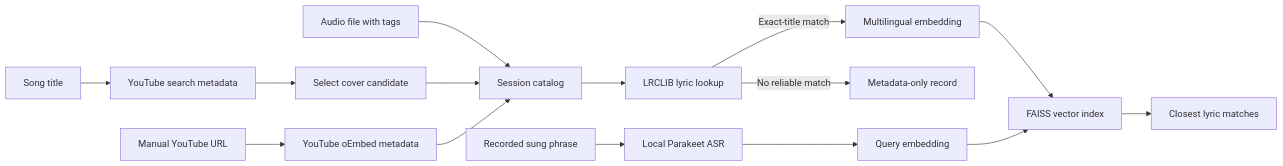
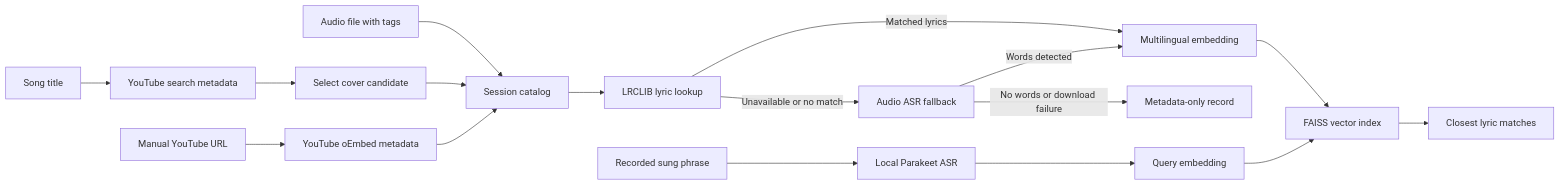
Before and after one commit to EMH01/semantic-cover-search: the diagram in README.md, drawn with Mermaid. The commit also changed other lines of this file, not shown here.

Commit message:
docs: explain lyrics-first ASR fallback and possible YouTube download cost

````diff
--- a/README.md
+++ b/README.md
@@ -16,17 +16,19 @@
 ```mermaid
 flowchart LR
     A[Song title] --> Y[YouTube search metadata]
     Y --> U[Select cover candidate]
     B[Audio file with tags] --> C[Session catalog]
     D[Manual YouTube URL] --> O[YouTube oEmbed metadata]
     U --> C
     O --> C
     C --> L[LRCLIB lyric lookup]
-    L -->|Exact-title match| E[Multilingual embedding]
-    L -->|No reliable match| M[Metadata-only record]
+    L -->|Matched lyrics| E[Multilingual embedding]
+    L -->|Unavailable or no match| ASR[Audio ASR fallback]
+    ASR -->|Words detected| E
+    ASR -->|No words or download failure| M[Metadata-only record]
     E --> F[FAISS vector index]
     Q[Recorded sung phrase] --> P[Local Parakeet ASR]
     P --> QE[Query embedding]
     QE --> F
     F --> R[Closest lyric matches]
 ```
````
